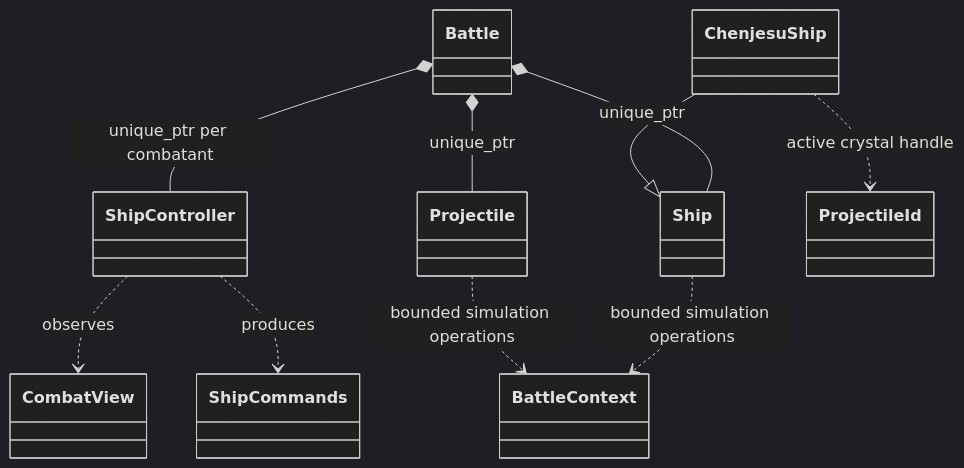
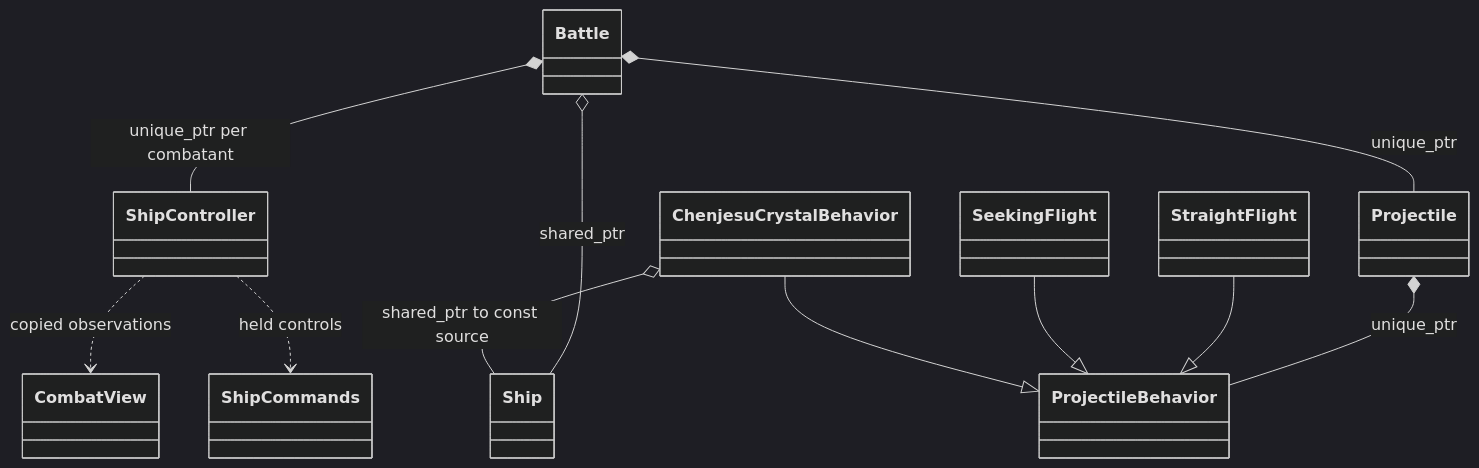
One commit to yost-jacob/uqm-cpp17 changed the diagram in docs/design/combat/README.md. Above: the diagram before and after it, drawn with Mermaid (dark theme). The commit also changed other lines of this file and 6 other files, not shown here.

Commit message:
Prototype shared ship ownership and composable projectile behaviors

````diff
--- a/docs/design/combat/README.md
+++ b/docs/design/combat/README.md
@@ -7,12 +11,13 @@
 ```mermaid
 classDiagram
-    Battle *-- Ship : unique_ptr
+    Battle o-- Ship : shared_ptr
     Battle *-- ShipController : unique_ptr per combatant
     Battle *-- Projectile : unique_ptr
-    ShipController ..> CombatView : observes
-    ShipController ..> ShipCommands : produces
-    Ship ..> BattleContext : bounded simulation operations
-    Projectile ..> BattleContext : bounded simulation operations
-    ChenjesuShip --|> Ship
-    ChenjesuShip ..> ProjectileId : active crystal handle
+    Projectile *-- ProjectileBehavior : unique_ptr
+    StraightFlight --|> ProjectileBehavior
+    SeekingFlight --|> ProjectileBehavior
+    ChenjesuCrystalBehavior --|> ProjectileBehavior
+    ChenjesuCrystalBehavior o-- Ship : shared_ptr to const source
+    ShipController ..> CombatView : copied observations
+    ShipController ..> ShipCommands : held controls
 ```
````
